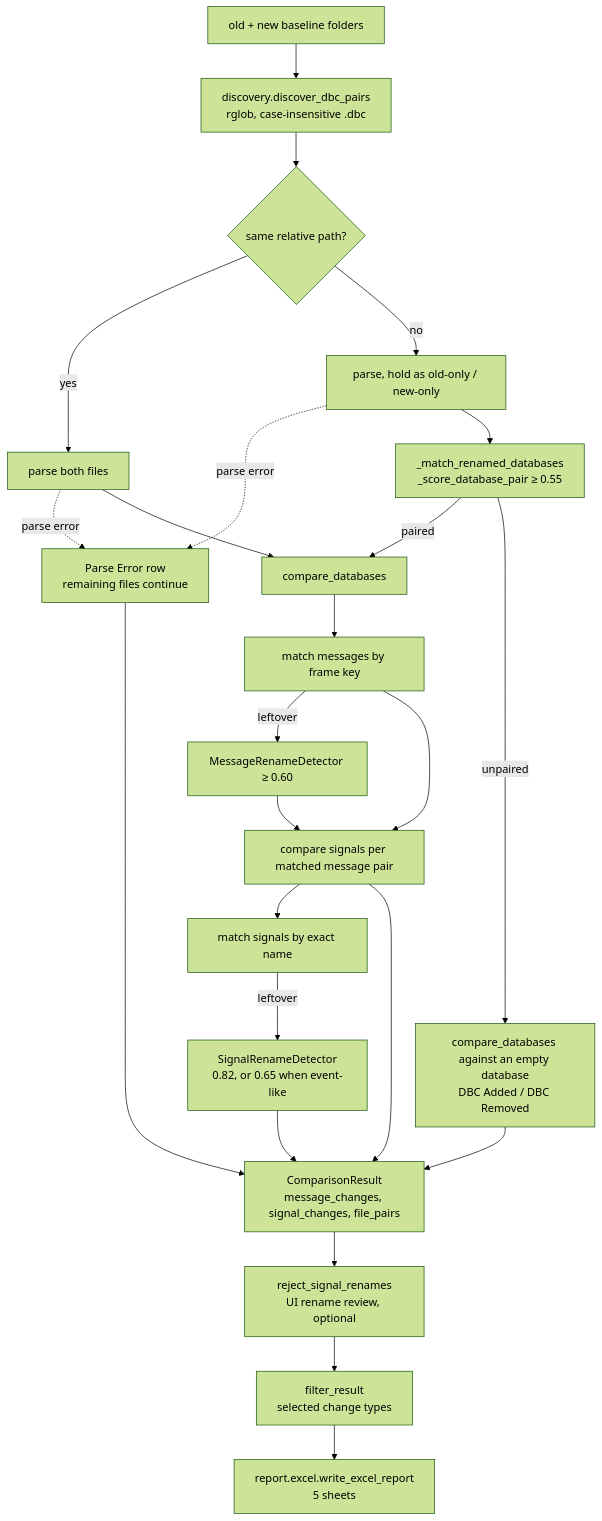
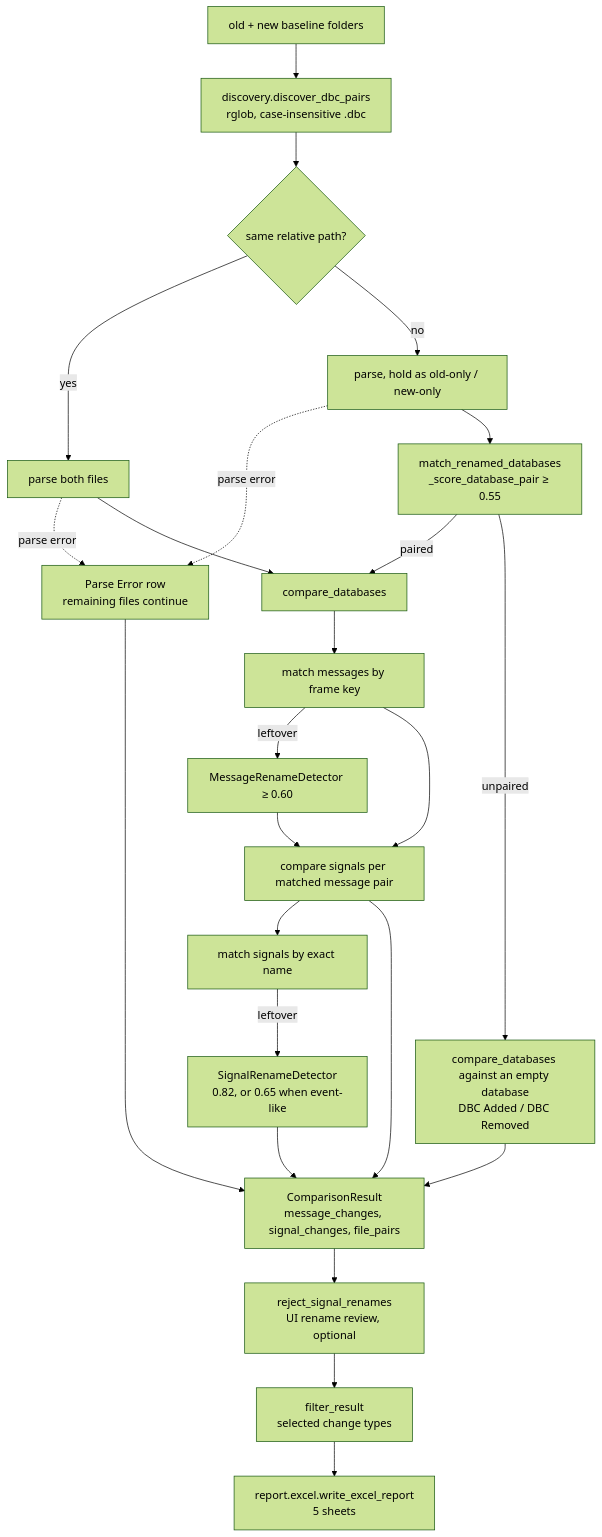
Before and after one commit to longvo92/dbc_compare_tool: the second of 2 diagrams in docs/architecture.md, drawn with Mermaid (forest theme). The commit also changed other lines of this file and 17 other files, not shown here.

````diff
--- a/docs/architecture.md
+++ b/docs/architecture.md
@@ -54,26 +130,26 @@
 ```mermaid
 flowchart TD
     A[old + new baseline folders] --> B[discovery.discover_dbc_pairs<br/>rglob, case-insensitive .dbc]
     B --> C{same relative path?}
     C -->|yes| P1[parse both files]
     C -->|no| P2[parse, hold as old-only / new-only]
     P1 -.parse error.-> X[Parse Error row<br/>remaining files continue]
     P2 -.parse error.-> X
-    P2 --> E[_match_renamed_databases<br/>_score_database_pair ≥ 0.55]
+    P2 --> E[match_renamed_databases<br/>_score_database_pair ≥ 0.55]
     P1 --> D[compare_databases]
     E -->|paired| D
     E -->|unpaired| U[compare_databases against an empty database<br/>DBC Added / DBC Removed]
     D --> H[match messages by frame key]
     H -->|leftover| I[MessageRenameDetector ≥ 0.60]
     H --> J[compare signals per matched message pair]
     I --> J
     J --> K[match signals by exact name]
     K -->|leftover| L[SignalRenameDetector<br/>0.82, or 0.65 when event-like]
     L --> M[ComparisonResult<br/>message_changes, signal_changes, file_pairs]
     J --> M
     U --> M
     X --> M
     M --> N[reject_signal_renames<br/>UI rename review, optional]
     N --> O[filter_result<br/>selected change types]
     O --> R[report.excel.write_excel_report<br/>5 sheets]
 ```
````
